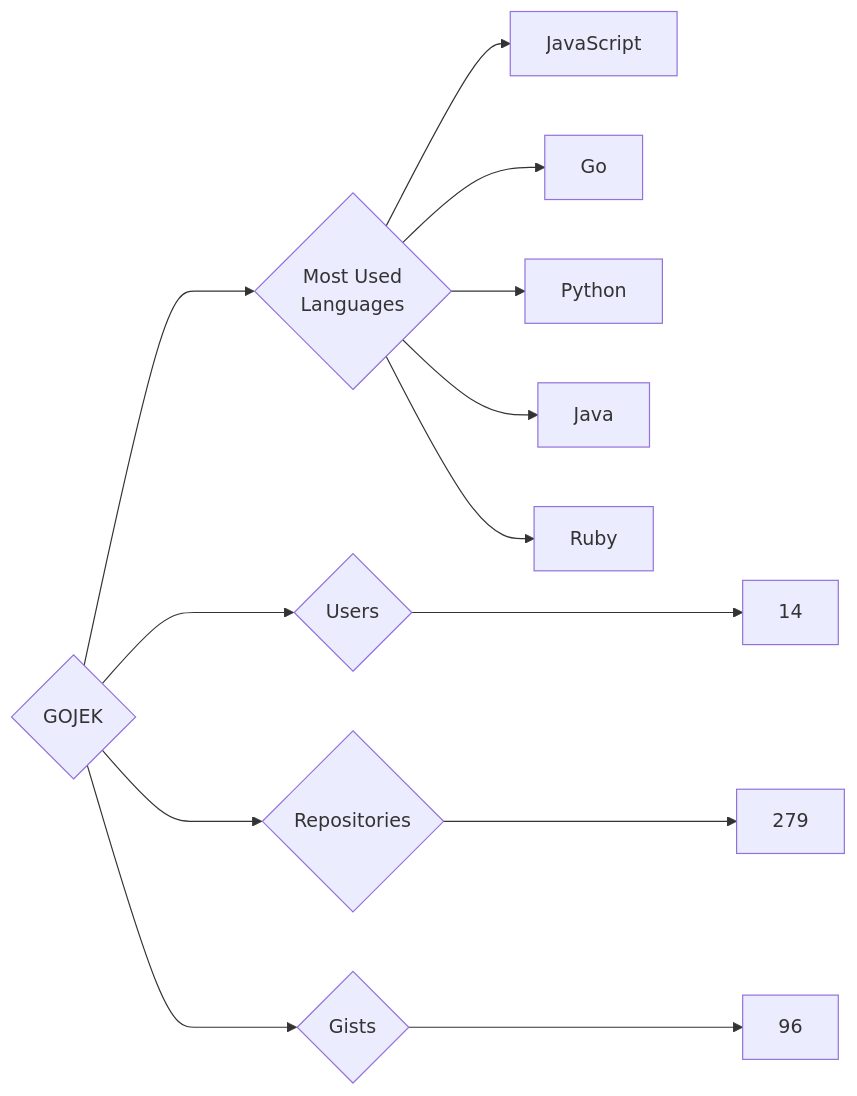
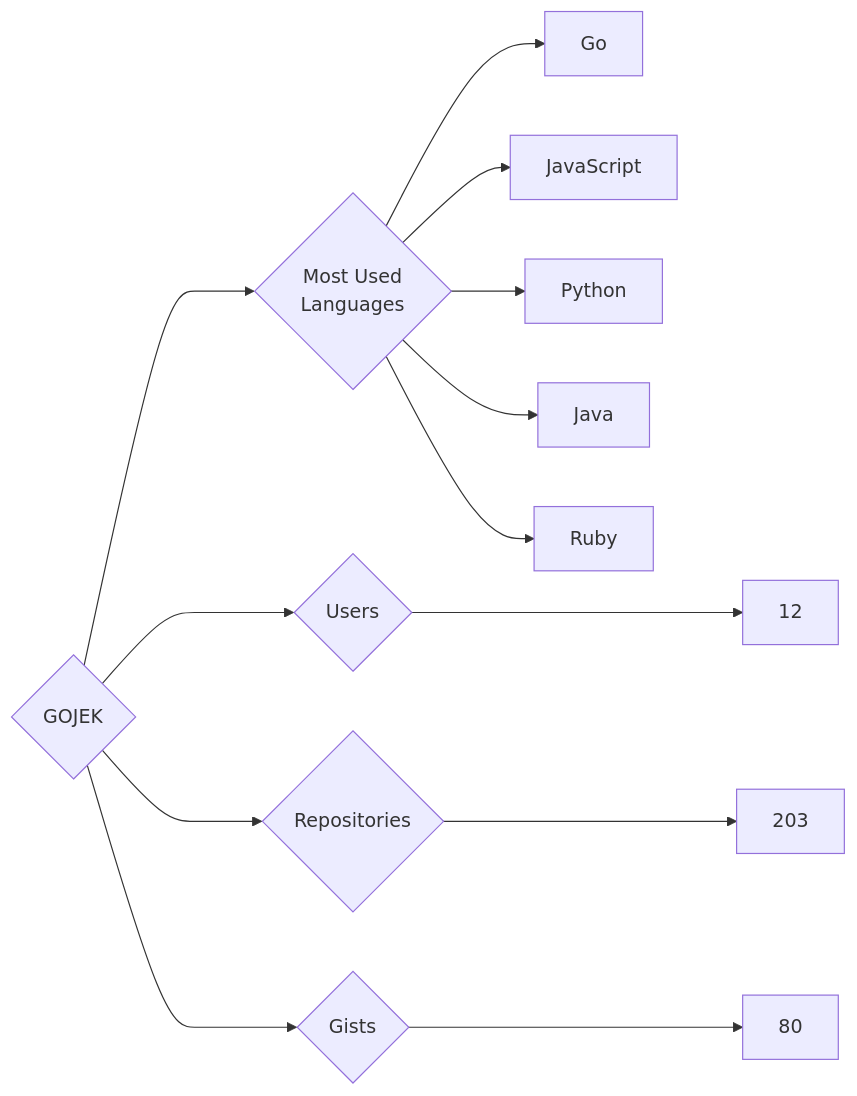
One commit to trickest/insiders changed the diagram in targets/GOJEK/README.md. Above: the diagram before and after it, drawn with Mermaid. The commit also changed 715 other files, not shown here.

````diff
--- a/targets/GOJEK/README.md
+++ b/targets/GOJEK/README.md
@@ -3,13 +3,13 @@
 ```mermaid
 graph LR
 COMPANY_NAME{GOJEK}
-COMPANY_NAME ---> U{Users} ---> UN[14]
-COMPANY_NAME ---> R{Repositories} ---> RN[279]
-COMPANY_NAME ---> G{Gists} ---> GN[96]
+COMPANY_NAME ---> U{Users} ---> UN[12]
+COMPANY_NAME ---> R{Repositories} ---> RN[203]
+COMPANY_NAME ---> G{Gists} ---> GN[80]
 COMPANY_NAME ---> ML{Most Used<br>Languages}
+ML --> Go[Go]
 ML --> JavaScript[JavaScript]
-ML --> Go[Go]
 ML --> Python[Python]
 ML --> Java[Java]
 ML --> Ruby[Ruby]
 ```
````
